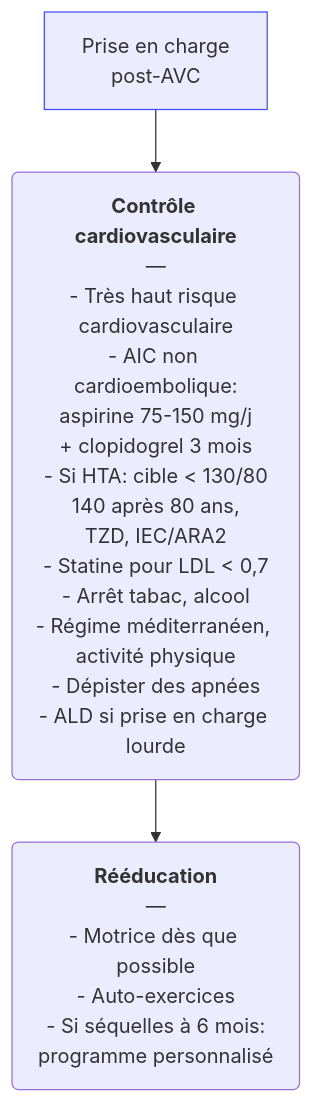
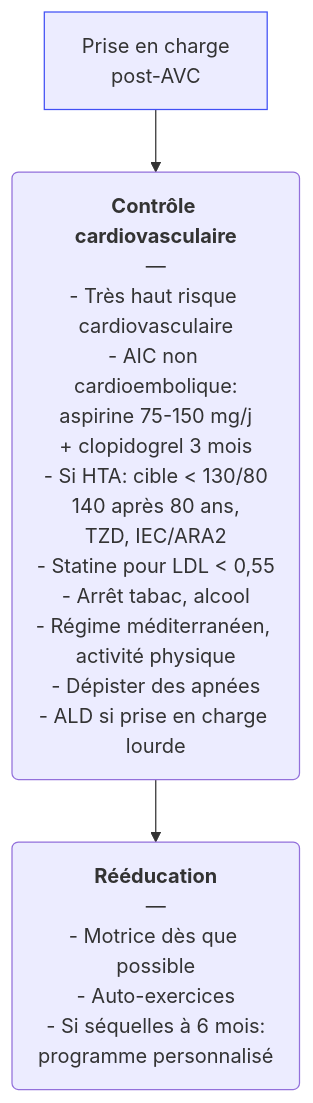
Before and after one commit to djibe/recommandations-medicales: the diagram in content/recommandations/accident-vasculaire-cerebral.md, drawn with Mermaid. The commit also changed other lines of this file and 4 other files, not shown here.

```diff
--- a/content/recommandations/accident-vasculaire-cerebral.md
+++ b/content/recommandations/accident-vasculaire-cerebral.md
@@ -362,5 +362,5 @@
 {{< mermaid title="Prise en charge post AVC. Dr JB Fron d'après HAS, ESC, ESO, AHA">}}
 graph TB
-  postAvc["Prise en charge<br>post-AVC"] --> controle("<b>Contrôle cardiovasculaire</b><br>—<br>- Très haut risque cardiovasculaire<br>- AIC non cardioembolique:<br>aspirine 75-150 mg/j<br>+ clopidogrel 3 mois<br>- Si HTA: cible &lt; 130/80<br>140 après 80 ans,<br>TZD, IEC/ARA2<br>- Statine pour LDL &lt; 0,7<br>- Arrêt tabac, alcool<br>- Régime méditerranéen, activité physique<br>- Dépister des apnées<br>- ALD si prise en charge lourde") --> rééducation("<b>Rééducation</b><br>—<br>- Motrice dès que possible<br>- Auto-exercices<br>- Si séquelles à 6 mois:<br>programme personnalisé")
+  postAvc["Prise en charge<br>post-AVC"] --> controle("<b>Contrôle cardiovasculaire</b><br>—<br>- Très haut risque cardiovasculaire<br>- AIC non cardioembolique:<br>aspirine 75-150 mg/j<br>+ clopidogrel 3 mois<br>- Si HTA: cible &lt; 130/80<br>140 après 80 ans,<br>TZD, IEC/ARA2<br>- Statine pour LDL &lt; 0,55<br>- Arrêt tabac, alcool<br>- Régime méditerranéen, activité physique<br>- Dépister des apnées<br>- ALD si prise en charge lourde") --> rééducation("<b>Rééducation</b><br>—<br>- Motrice dès que possible<br>- Auto-exercices<br>- Si séquelles à 6 mois:<br>programme personnalisé")
   style postAvc stroke:#4150f5, stroke-width:1px
 {{< /mermaid >}}
```
